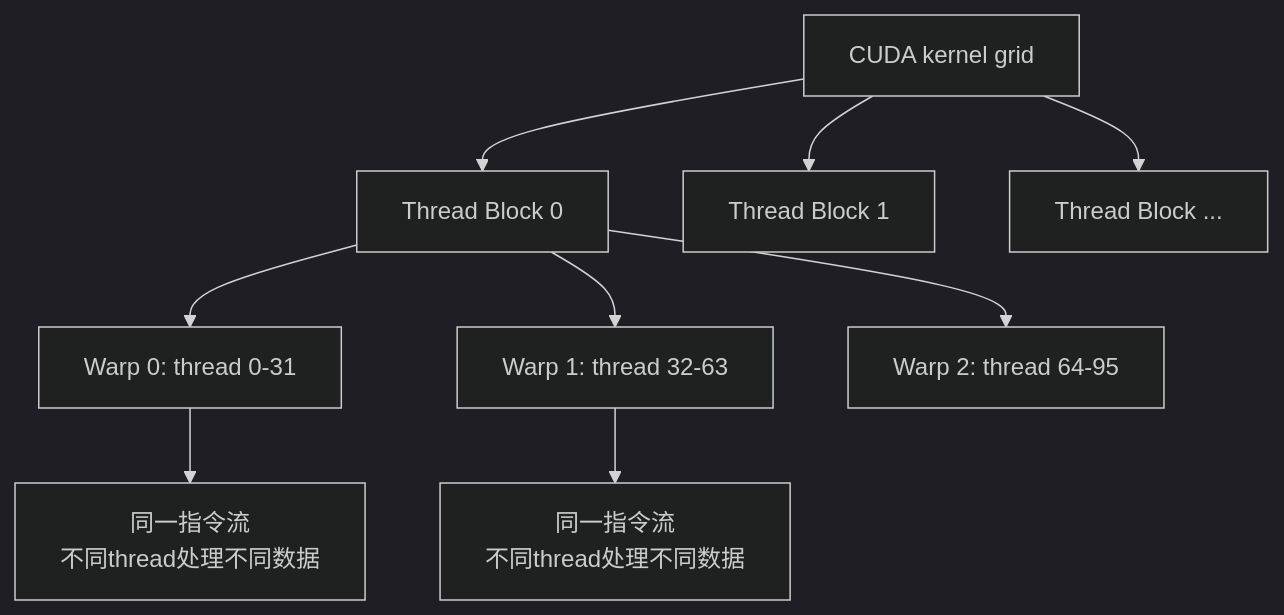
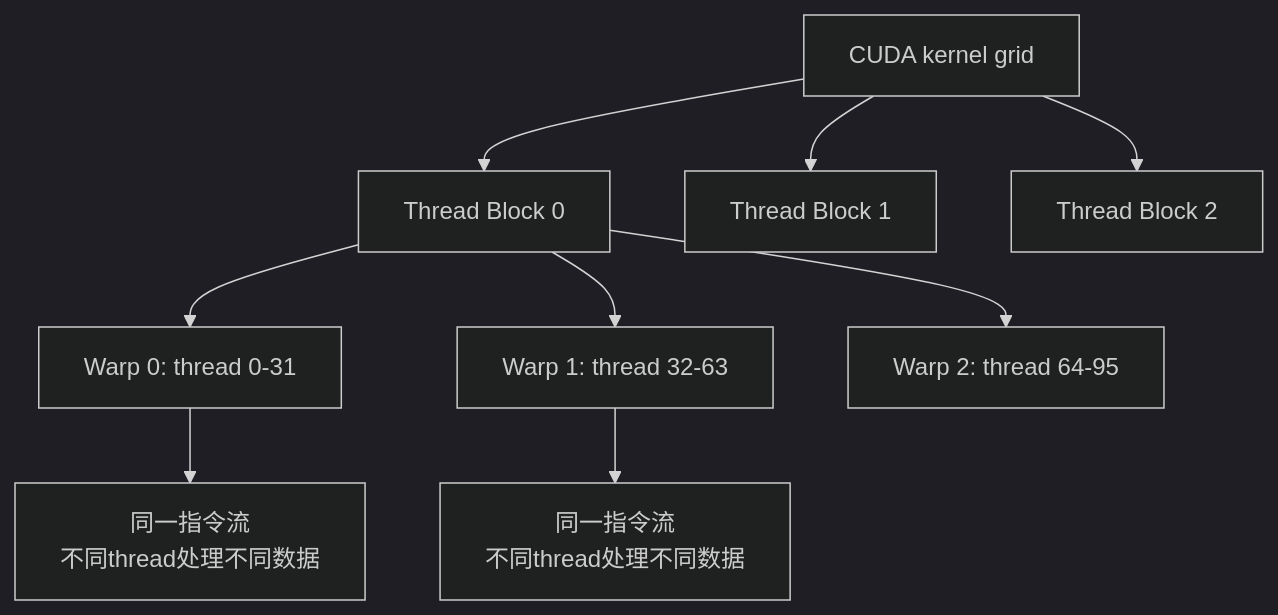
One commit to qxhy123/learn changed the second of 4 diagrams in ai-infra-tutorial/part2-systems-stack/04a-gpu-execution-model-and-tensor-cores.md. Above: the diagram before and after it, drawn with Mermaid (dark theme). The commit also changed other lines of this file and 15 other files, not shown here.

````diff
--- a/ai-infra-tutorial/part2-systems-stack/04a-gpu-execution-model-and-tensor-cores.md
+++ b/ai-infra-tutorial/part2-systems-stack/04a-gpu-execution-model-and-tensor-cores.md
@@ -162,11 +162,11 @@
 ```mermaid
 flowchart TB
   Kernel[CUDA kernel grid] --> B0[Thread Block 0]
   Kernel --> B1[Thread Block 1]
-  Kernel --> B2[Thread Block ...]
+  Kernel --> B2[Thread Block 2]
   B0 --> W0[Warp 0: thread 0-31]
   B0 --> W1[Warp 1: thread 32-63]
   B0 --> W2[Warp 2: thread 64-95]
   W0 --> I0[同一指令流<br/>不同thread处理不同数据]
   W1 --> I1[同一指令流<br/>不同thread处理不同数据]
 ```
````
